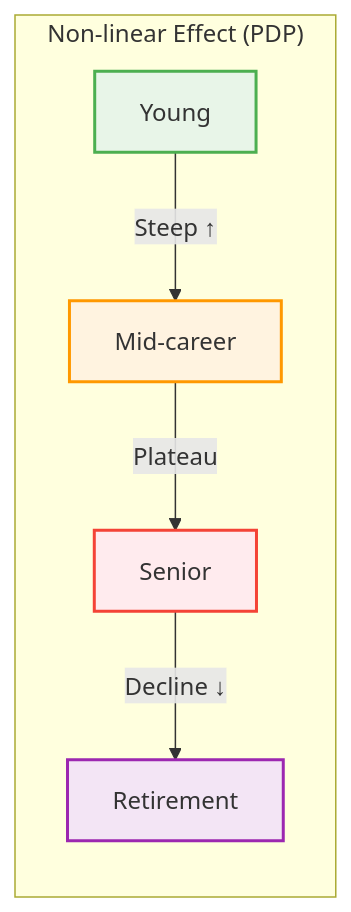
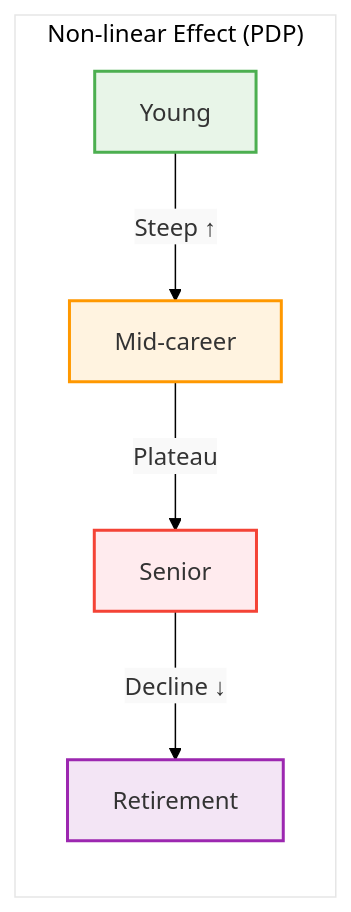
Before and after one commit to ctsilva/ctsilva.github.io: the third of 4 diagrams in 2025-VisML-CSE/slides/week5-white-box.qmd, drawn with Mermaid. The commit also changed other lines of this file and 1 other file, not shown here.

````diff
--- a/2025-VisML-CSE/slides/week5-white-box.qmd
+++ b/2025-VisML-CSE/slides/week5-white-box.qmd
@@ -464,11 +451,12 @@
 ```{mermaid}
+%%{init: {'theme':'base', 'themeVariables': { 'primaryColor':'#f9f9f9', 'primaryBorderColor':'#333', 'primaryTextColor':'#333', 'background':'#ffffff', 'subgraph':'#f0f0f0'}}}%%
 graph LR
     subgraph "Non-linear Effect (PDP)"
         D[Young] -->|"Steep ↑"| E[Mid-career] -->|"Plateau"| F[Senior] -->|"Decline ↓"| G[Retirement]
     end
 
     style D fill:#e8f5e8,stroke:#4caf50,stroke-width:2px
     style E fill:#fff3e0,stroke:#ff9800,stroke-width:2px
     style F fill:#ffebee,stroke:#f44336,stroke-width:2px
     style G fill:#f3e5f5,stroke:#9c27b0,stroke-width:2px
 ```
````
